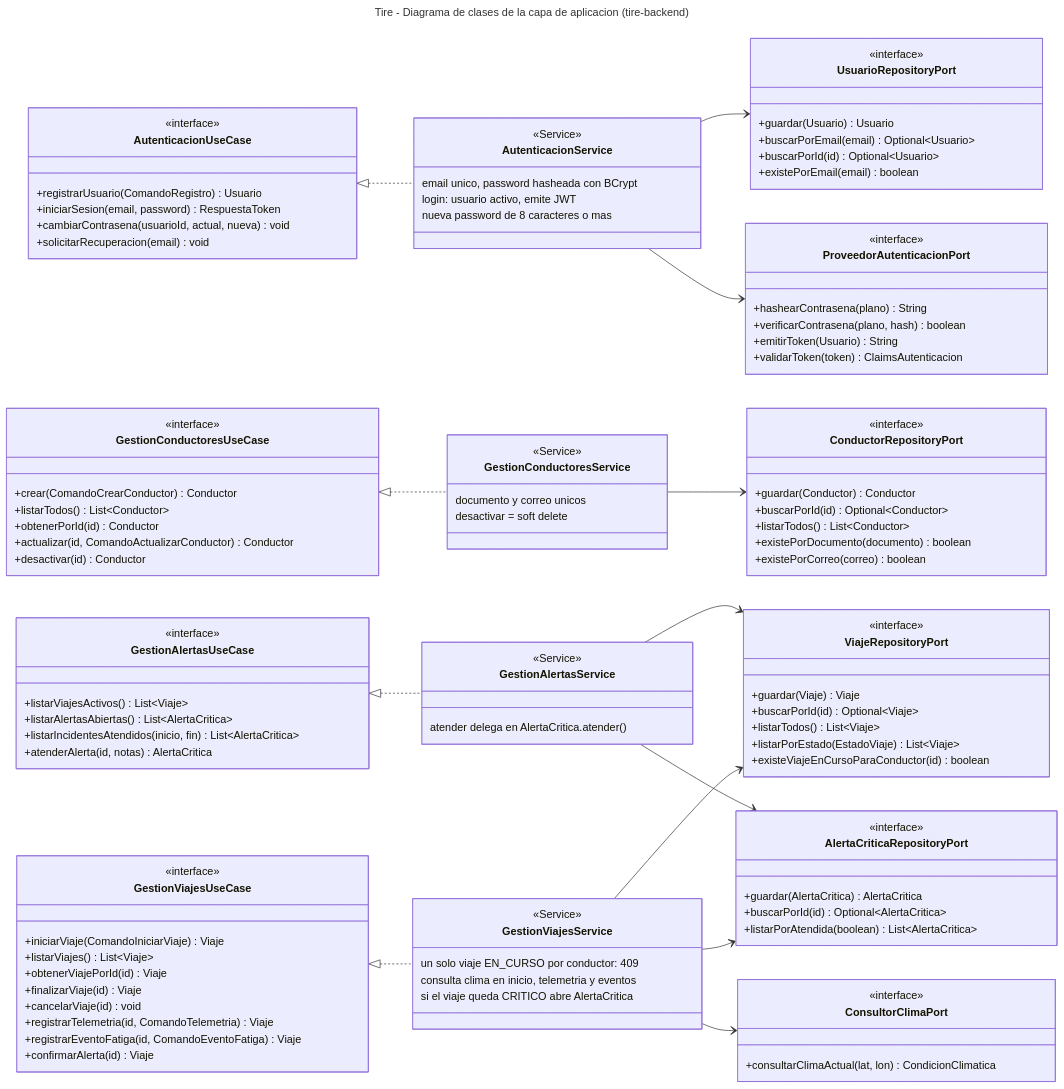
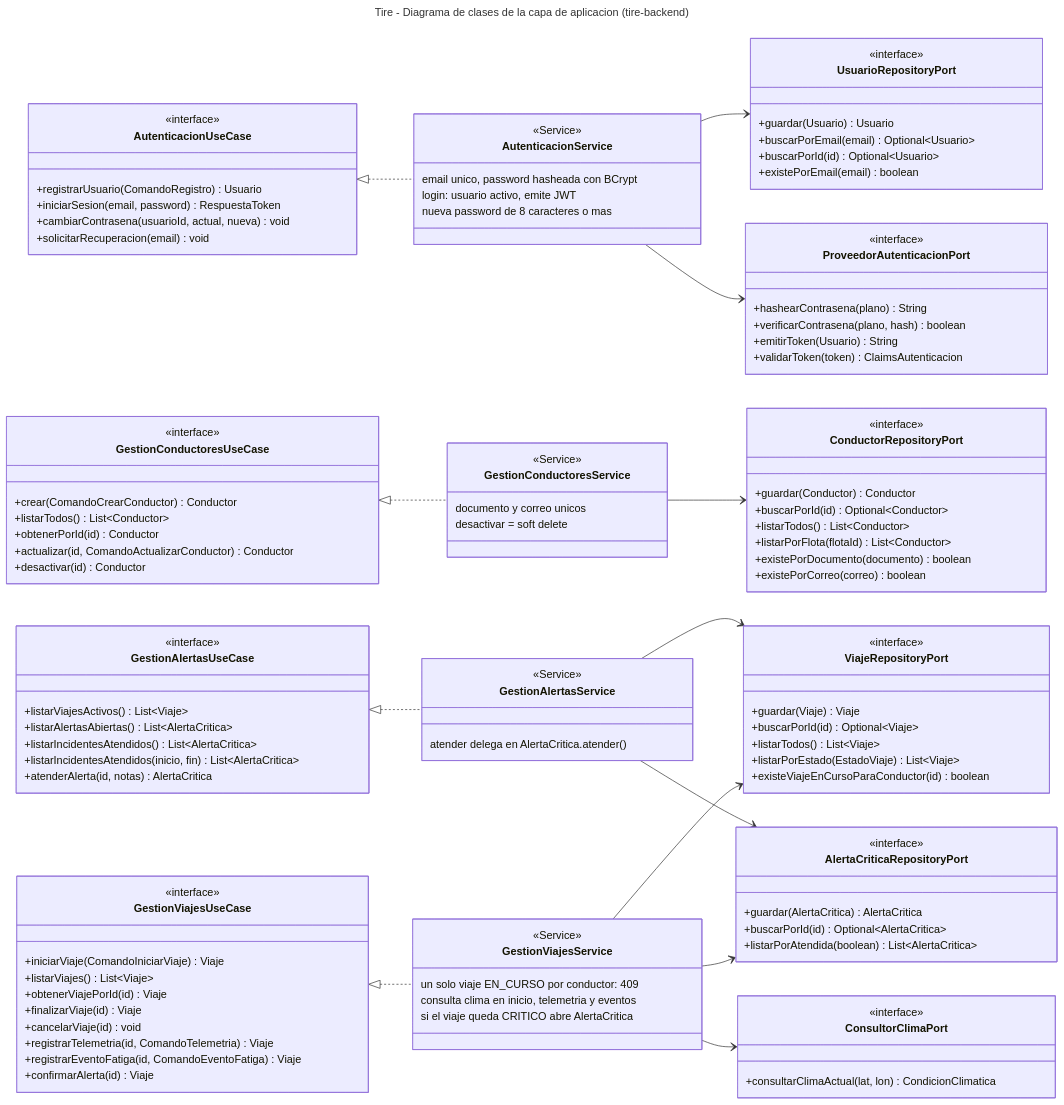
Before and after one commit to ML-Ingesoft-II/tire-docs: the diagram in prototipo-1/arquitectura/diagrama_clases_aplicacion.mmd, drawn with Mermaid. The commit also changed 1 other file, not shown here.

Commit message:
diagrama_clases_aplicacion updated

```diff
--- a/prototipo-1/arquitectura/diagrama_clases_aplicacion.mmd
+++ b/prototipo-1/arquitectura/diagrama_clases_aplicacion.mmd
@@ -1,123 +1,125 @@
 ---
 title: Tire - Diagrama de clases de la capa de aplicacion (tire-backend)
 ---
 %% Columnas: puertos de entrada (casos de uso) -> servicios -> puertos de salida
 %% Los Comando* son records de application.port.in; las entidades estan en diagrama_clases.mmd
 classDiagram
     direction LR
 
     %% ============ Puertos de entrada ============
     class AutenticacionUseCase {
         <<interface>>
         +registrarUsuario(ComandoRegistro) Usuario
         +iniciarSesion(email, password) RespuestaToken
         +cambiarContrasena(usuarioId, actual, nueva) void
         +solicitarRecuperacion(email) void
     }
     class GestionConductoresUseCase {
         <<interface>>
         +crear(ComandoCrearConductor) Conductor
         +listarTodos() List~Conductor~
         +obtenerPorId(id) Conductor
         +actualizar(id, ComandoActualizarConductor) Conductor
         +desactivar(id) Conductor
     }
     class GestionViajesUseCase {
         <<interface>>
         +iniciarViaje(ComandoIniciarViaje) Viaje
         +listarViajes() List~Viaje~
         +obtenerViajePorId(id) Viaje
         +finalizarViaje(id) Viaje
         +cancelarViaje(id) void
         +registrarTelemetria(id, ComandoTelemetria) Viaje
         +registrarEventoFatiga(id, ComandoEventoFatiga) Viaje
         +confirmarAlerta(id) Viaje
     }
     class GestionAlertasUseCase {
         <<interface>>
         +listarViajesActivos() List~Viaje~
         +listarAlertasAbiertas() List~AlertaCritica~
+        +listarIncidentesAtendidos() List~AlertaCritica~
         +listarIncidentesAtendidos(inicio, fin) List~AlertaCritica~
         +atenderAlerta(id, notas) AlertaCritica
     }
 
     %% ============ Servicios (@Service) ============
     class AutenticacionService {
         <<Service>>
         email unico, password hasheada con BCrypt
         login: usuario activo, emite JWT
         nueva password de 8 caracteres o mas
     }
     class GestionConductoresService {
         <<Service>>
         documento y correo unicos
         desactivar = soft delete
     }
     class GestionViajesService {
         <<Service>>
         un solo viaje EN_CURSO por conductor: 409
         consulta clima en inicio, telemetria y eventos
         si el viaje queda CRITICO abre AlertaCritica
     }
     class GestionAlertasService {
         <<Service>>
         atender delega en AlertaCritica.atender()
     }
 
     %% ============ Puertos de salida ============
     class UsuarioRepositoryPort {
         <<interface>>
         +guardar(Usuario) Usuario
         +buscarPorEmail(email) Optional~Usuario~
         +buscarPorId(id) Optional~Usuario~
         +existePorEmail(email) boolean
     }
     class ProveedorAutenticacionPort {
         <<interface>>
         +hashearContrasena(plano) String
         +verificarContrasena(plano, hash) boolean
         +emitirToken(Usuario) String
         +validarToken(token) ClaimsAutenticacion
     }
     class ConductorRepositoryPort {
         <<interface>>
         +guardar(Conductor) Conductor
         +buscarPorId(id) Optional~Conductor~
         +listarTodos() List~Conductor~
+        +listarPorFlota(flotaId) List~Conductor~
         +existePorDocumento(documento) boolean
         +existePorCorreo(correo) boolean
     }
     class AlertaCriticaRepositoryPort {
         <<interface>>
         +guardar(AlertaCritica) AlertaCritica
         +buscarPorId(id) Optional~AlertaCritica~
         +listarPorAtendida(boolean) List~AlertaCritica~
     }
     class ViajeRepositoryPort {
         <<interface>>
         +guardar(Viaje) Viaje
         +buscarPorId(id) Optional~Viaje~
         +listarTodos() List~Viaje~
         +listarPorEstado(EstadoViaje) List~Viaje~
         +existeViajeEnCursoParaConductor(id) boolean
     }
     class ConsultorClimaPort {
         <<interface>>
         +consultarClimaActual(lat, lon) CondicionClimatica
     }
 
     %% ---------- Implementacion de casos de uso ----------
     AutenticacionUseCase <|.. AutenticacionService
     GestionConductoresUseCase <|.. GestionConductoresService
     GestionViajesUseCase <|.. GestionViajesService
     GestionAlertasUseCase <|.. GestionAlertasService
 
     %% ---------- Dependencias inyectadas por constructor ----------
     AutenticacionService --> UsuarioRepositoryPort
     AutenticacionService --> ProveedorAutenticacionPort
     GestionConductoresService --> ConductorRepositoryPort
     GestionAlertasService --> ViajeRepositoryPort
     GestionAlertasService --> AlertaCriticaRepositoryPort
     GestionViajesService --> ViajeRepositoryPort
     GestionViajesService --> AlertaCriticaRepositoryPort
     GestionViajesService --> ConsultorClimaPort
```
